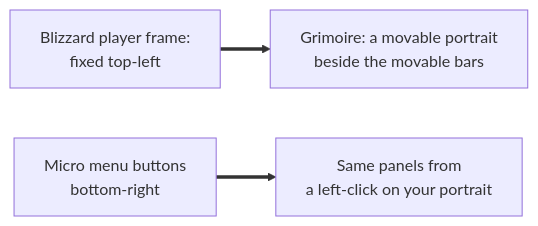
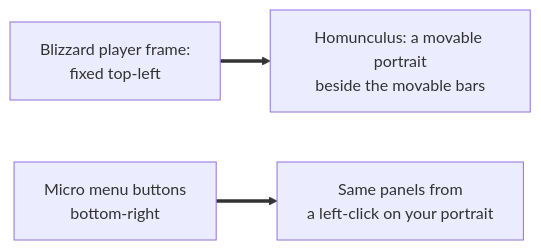
Before and after one commit to PhillypHenning/grimoire: the first of 2 diagrams in docs/features/player-frame/README.md, drawn with Mermaid. The commit also changed other lines of this file and 178 other files, not shown here.

First line of the commit message:
Rename the suite from Grimoire to Homunculus (ADR 0010)

````diff
--- a/docs/features/player-frame/README.md
+++ b/docs/features/player-frame/README.md
@@ -16,5 +16,5 @@
 ```mermaid
 flowchart LR
-    B[Blizzard player frame:<br/>fixed top-left] ==> G[Grimoire: a movable portrait<br/>beside the movable bars]
+    B[Blizzard player frame:<br/>fixed top-left] ==> G[Homunculus: a movable portrait<br/>beside the movable bars]
     M[Micro menu buttons<br/>bottom-right] ==> C[Same panels from<br/>a left-click on your portrait]
 ```
````
